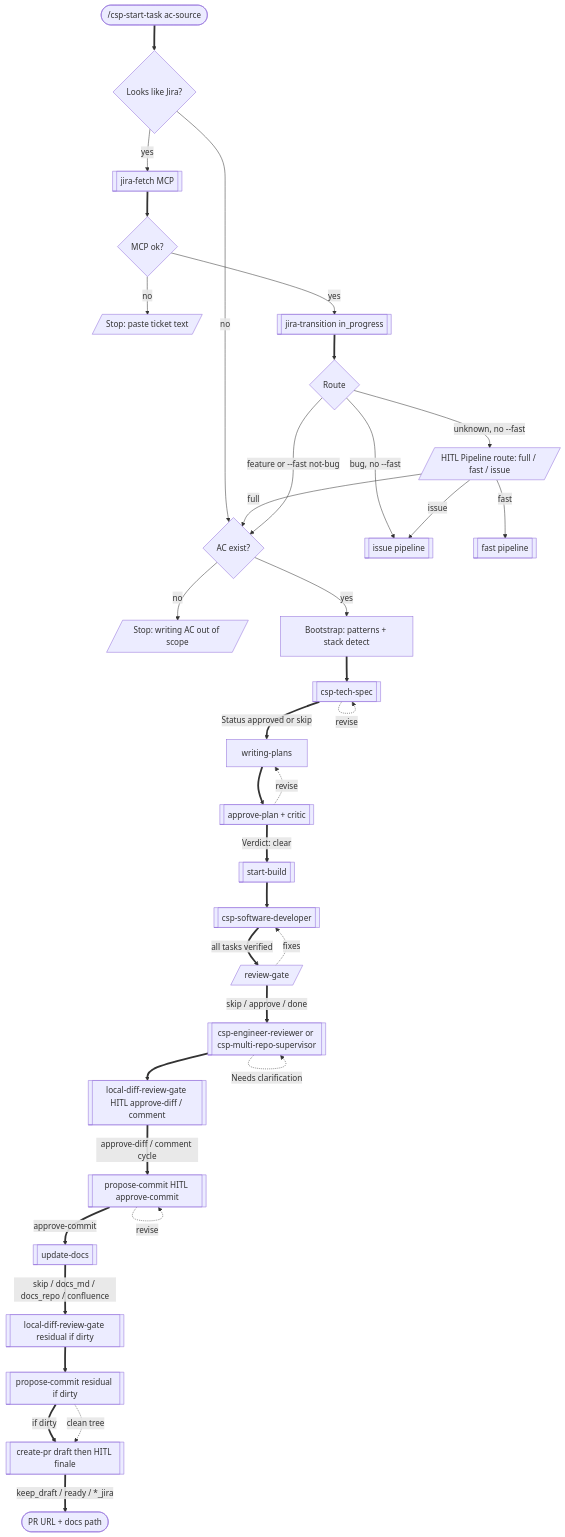
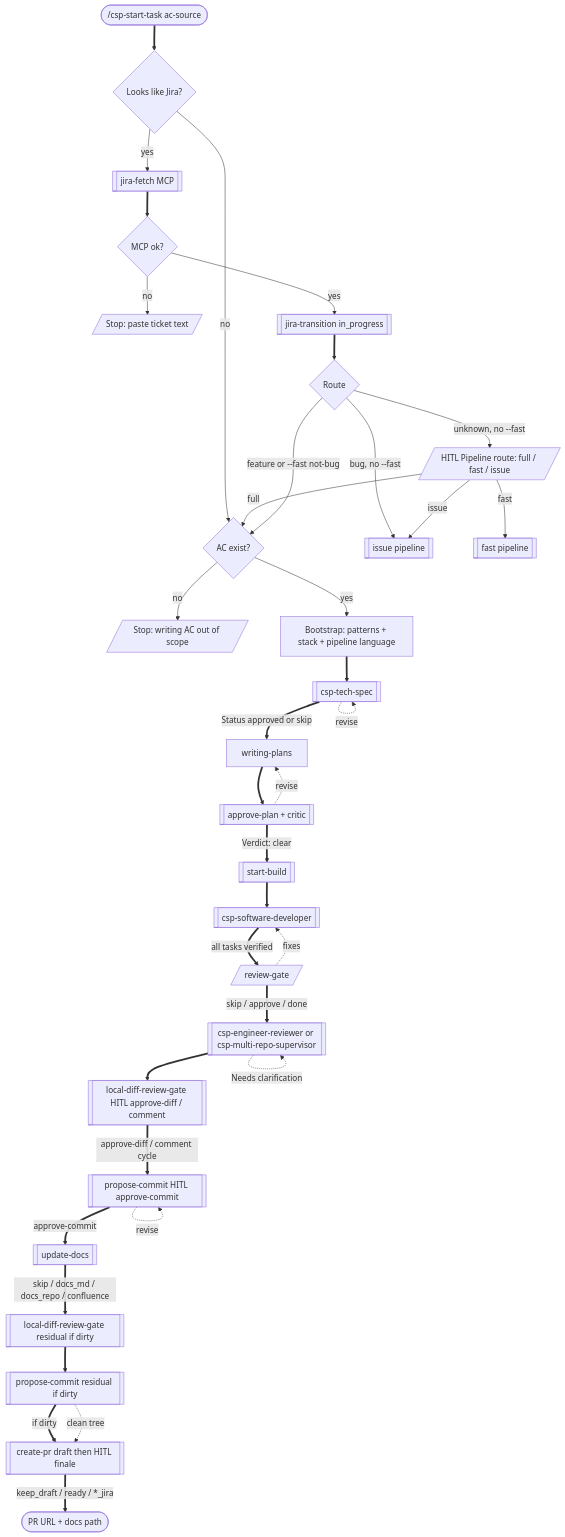
One commit to a-trembak/cursor-spells changed the second of 14 diagrams in docs/superpowers/pipeline-flow.md. Above: the diagram before and after it, drawn with Mermaid. The commit also changed other lines of this file and 10 other files, not shown here.

First line of the commit message:
feat(pipeline): ask and persist chat language at bootstrap

````diff
--- a/docs/superpowers/pipeline-flow.md
+++ b/docs/superpowers/pipeline-flow.md
@@ -143,64 +147,64 @@
 ```mermaid
 flowchart TD
   startNode(["/csp-start-task ac-source"])
   looksJira{Looks like Jira?}
   fetch[["jira-fetch MCP"]]
   fetchFail{MCP ok?}
   stopPaste[/"Stop: paste ticket text"/]
   inProgress[["jira-transition in_progress"]]
   route{"Route"}
   hitlRoute[/"HITL Pipeline route: full / fast / issue"/]
   noAc{AC exist?}
   stopNoAc[/"Stop: writing AC out of scope"/]
-  bootstrap["Bootstrap: patterns + stack detect"]
+  bootstrap["Bootstrap: patterns + stack + pipeline language"]
   techSpec[["csp-tech-spec"]]
   planWrite["writing-plans"]
   approvePlan[["approve-plan + critic"]]
   startBuild[["start-build"]]
   softwareDev[["csp-software-developer"]]
   reviewGate[/"review-gate"/]
   engReview[["csp-engineer-reviewer or csp-multi-repo-supervisor"]]
   localDiffGate[["local-diff-review-gate HITL approve-diff / comment"]]
   proposeCommit[["propose-commit HITL approve-commit"]]
   updateDocs[["update-docs"]]
   localDiffGate2[["local-diff-review-gate residual if dirty"]]
   proposeCommit2[["propose-commit residual if dirty"]]
   createPr[["create-pr draft then HITL finale"]]
   doneNode(["PR URL + docs path"])
 
   startNode ==> looksJira
   looksJira -->|"yes"| fetch
   looksJira -->|"no"| noAc
   fetch ==> fetchFail
   fetchFail -->|"no"| stopPaste
   fetchFail -->|"yes"| inProgress
   inProgress ==> route
   route -->|"bug, no --fast"| issuePipe[["issue pipeline"]]
   route -->|"unknown, no --fast"| hitlRoute
   hitlRoute -->|"full"| noAc
   hitlRoute -->|"fast"| fastPipe[["fast pipeline"]]
   hitlRoute -->|"issue"| issuePipe
   route -->|"feature or --fast not-bug"| noAc
   noAc -->|"no"| stopNoAc
   noAc -->|"yes"| bootstrap
   bootstrap ==> techSpec
   techSpec ==>|"Status approved or skip"| planWrite
   techSpec -.->|"revise"| techSpec
   planWrite ==> approvePlan
   approvePlan -.->|"revise"| planWrite
   approvePlan ==>|"Verdict: clear"| startBuild
   startBuild ==> softwareDev
   softwareDev ==>|"all tasks verified"| reviewGate
   reviewGate -.->|"fixes"| softwareDev
   reviewGate ==>|"skip / approve / done"| engReview
   engReview -.->|"Needs clarification"| engReview
   engReview ==> localDiffGate
   localDiffGate ==>|"approve-diff / comment cycle"| proposeCommit
   proposeCommit ==>|"approve-commit"| updateDocs
   proposeCommit -.->|"revise"| proposeCommit
   updateDocs ==>|"skip / docs_md / docs_repo / confluence"| localDiffGate2
   localDiffGate2 ==> proposeCommit2
   proposeCommit2 ==>|"if dirty"| createPr
   proposeCommit2 -.->|"clean tree"| createPr
   createPr ==>|"keep_draft / ready / *_jira"| doneNode
 ```
````
